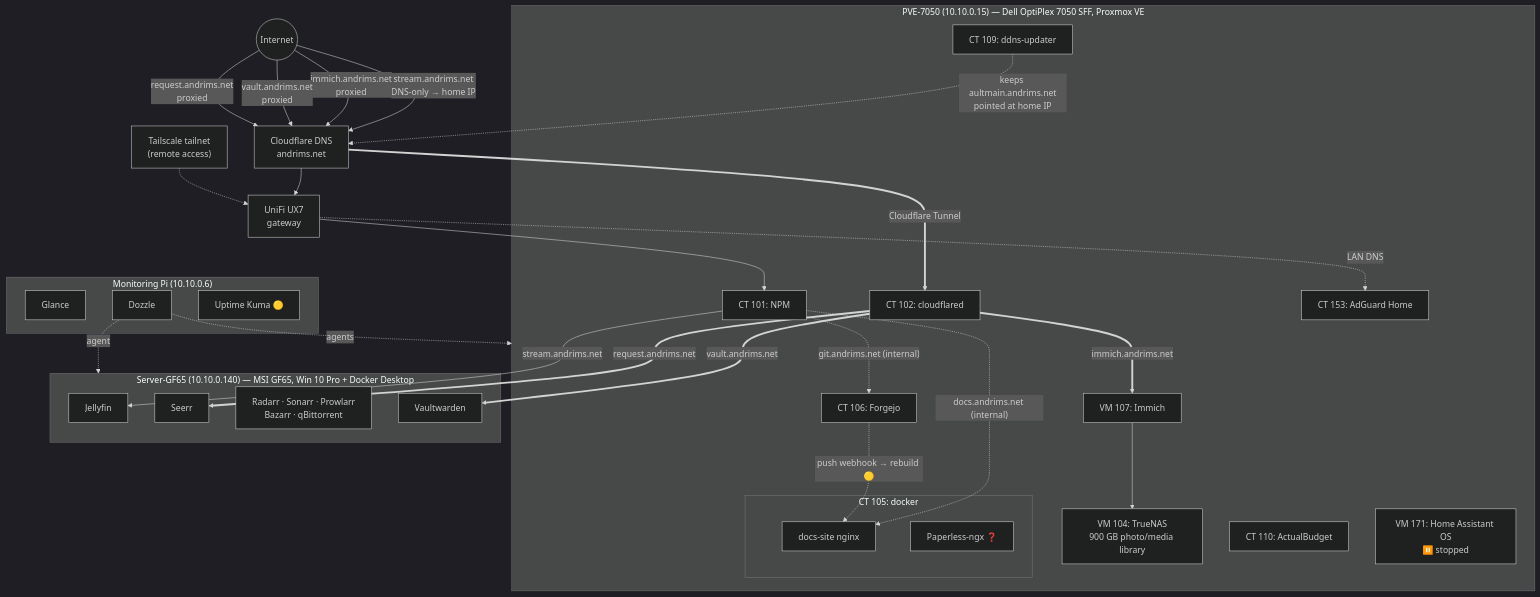
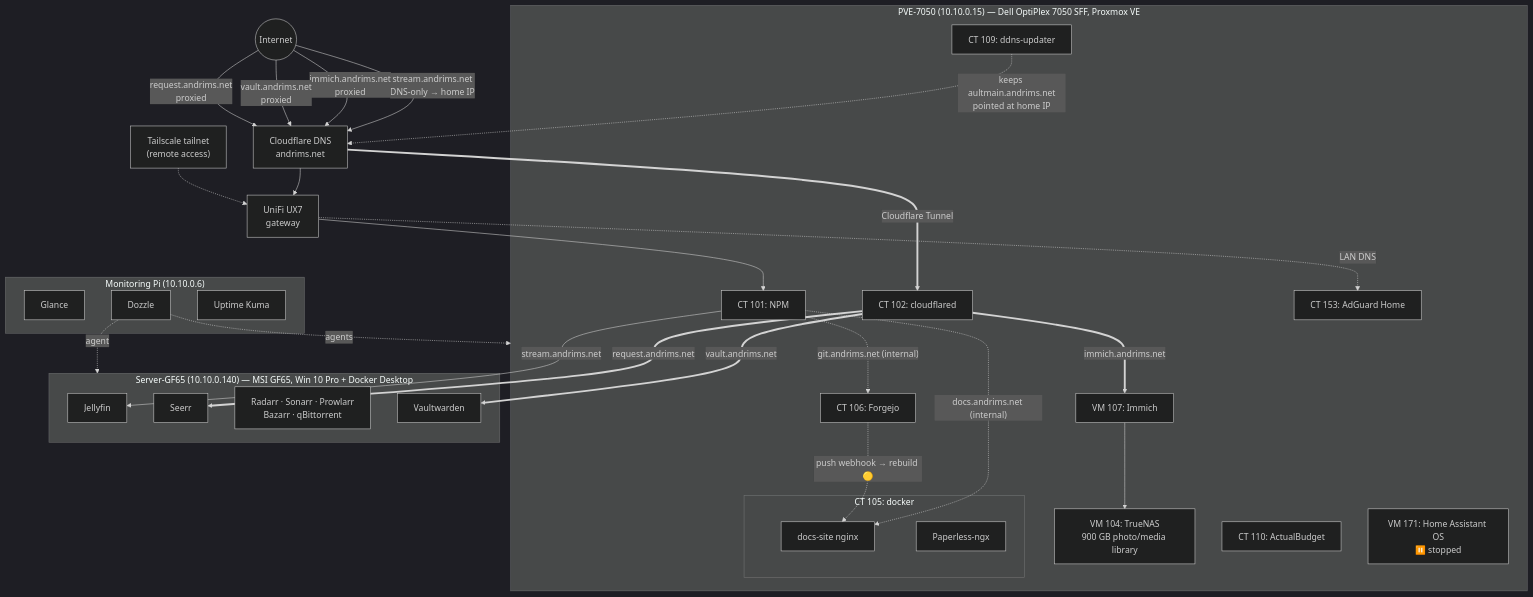
The diagram in docs/index.md (Aulteran/homelab-docs), drawn with Mermaid (dark theme) before and after one commit. The commit also changed other lines of this file and 10 other files, not shown here.

````diff
--- a/docs/index.md
+++ b/docs/index.md
@@ -41,57 +41,57 @@
 ```mermaid
 flowchart TB
     internet((Internet))
     cf["Cloudflare DNS<br/>andrims.net"]
     ts["Tailscale tailnet<br/>(remote access)"]
 
     internet -->|"stream.andrims.net<br/>DNS-only → home IP"| cf
     internet -->|"immich.andrims.net<br/>proxied"| cf
     internet -->|"vault.andrims.net<br/>proxied"| cf
     internet -->|"request.andrims.net<br/>proxied"| cf
     cf --> unifi["UniFi UX7<br/>gateway"]
     ts -.-> unifi
 
     subgraph pve["PVE-7050 (10.10.0.15) — Dell OptiPlex 7050 SFF, Proxmox VE"]
         npm["CT 101: NPM"]
         cfd["CT 102: cloudflared"]
         truenas["VM 104: TrueNAS<br/>900 GB photo/media library"]
         forgejo["CT 106: Forgejo"]
         immich["VM 107: Immich"]
         ddns["CT 109: ddns-updater"]
         budget["CT 110: ActualBudget"]
         adguard["CT 153: AdGuard Home"]
         haos["VM 171: Home Assistant OS<br/>⏸️ stopped"]
         subgraph dockerct["CT 105: docker"]
             docs["docs-site nginx"]
-            paperless["Paperless-ngx ❓"]
+            paperless["Paperless-ngx"]
         end
     end
 
     subgraph gf65["Server-GF65 (10.10.0.140) — MSI GF65, Win 10 Pro + Docker Desktop"]
         jellyfin["Jellyfin"]
         seerr["Seerr"]
         arr["Radarr · Sonarr · Prowlarr<br/>Bazarr · qBittorrent"]
         vw["Vaultwarden"]
     end
 
     subgraph pi["Monitoring Pi (10.10.0.6)"]
         glance["Glance"]
         dozzle["Dozzle"]
-        kuma["Uptime Kuma 🟡"]
+        kuma["Uptime Kuma"]
     end
 
     unifi --> npm
     unifi -.->|LAN DNS| adguard
     cf ==>|"Cloudflare Tunnel"| cfd
     cfd ==>|immich.andrims.net| immich
     cfd ==>|vault.andrims.net| vw
     cfd ==>|request.andrims.net| seerr
     ddns -.->|"keeps aultmain.andrims.net<br/>pointed at home IP"| cf
     npm -->|stream.andrims.net| jellyfin
     npm -.->|"git.andrims.net (internal)"| forgejo
     npm -.->|"docs.andrims.net (internal)"| docs
     forgejo -.->|"push webhook → rebuild 🟡"| docs
     immich --> truenas
     dozzle -.->|agent| gf65
     dozzle -.->|agents| pve
 ```
````
